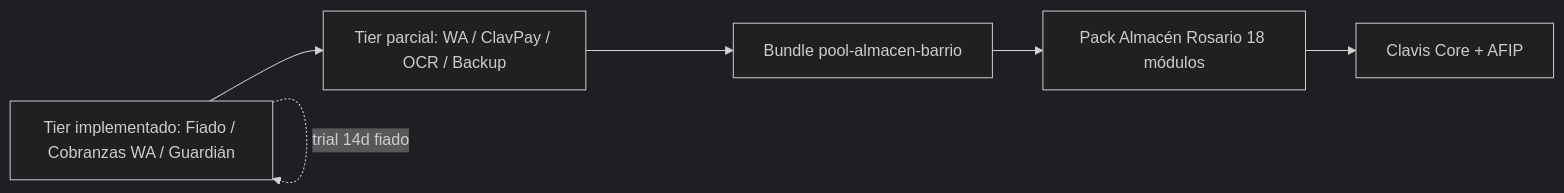
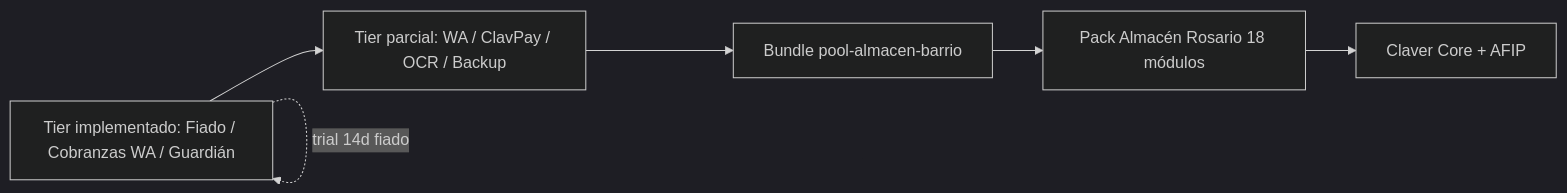
One commit to pablocla/erpia changed the first of 13 diagrams in docs/marketplace/18-runbooks-tier2-enganches-diagramas.md. Above: the diagram before and after it, drawn with Mermaid (dark theme). The commit also changed 242 other files, not shown here.

````diff
--- a/docs/marketplace/18-runbooks-tier2-enganches-diagramas.md
+++ b/docs/marketplace/18-runbooks-tier2-enganches-diagramas.md
@@ -8,8 +8,8 @@
 ```mermaid
 flowchart LR
   T1[Tier implementado: Fiado / Cobranzas WA / Guardián] --> T2[Tier parcial: WA / ClavPay / OCR / Backup]
   T2 --> BND[Bundle pool-almacen-barrio]
   BND --> AR[Pack Almacén Rosario 18 módulos]
-  AR --> ERP[Clavis Core + AFIP]
+  AR --> ERP[Claver Core + AFIP]
   T1 -.->|trial 14d fiado| T1
 ```
````
